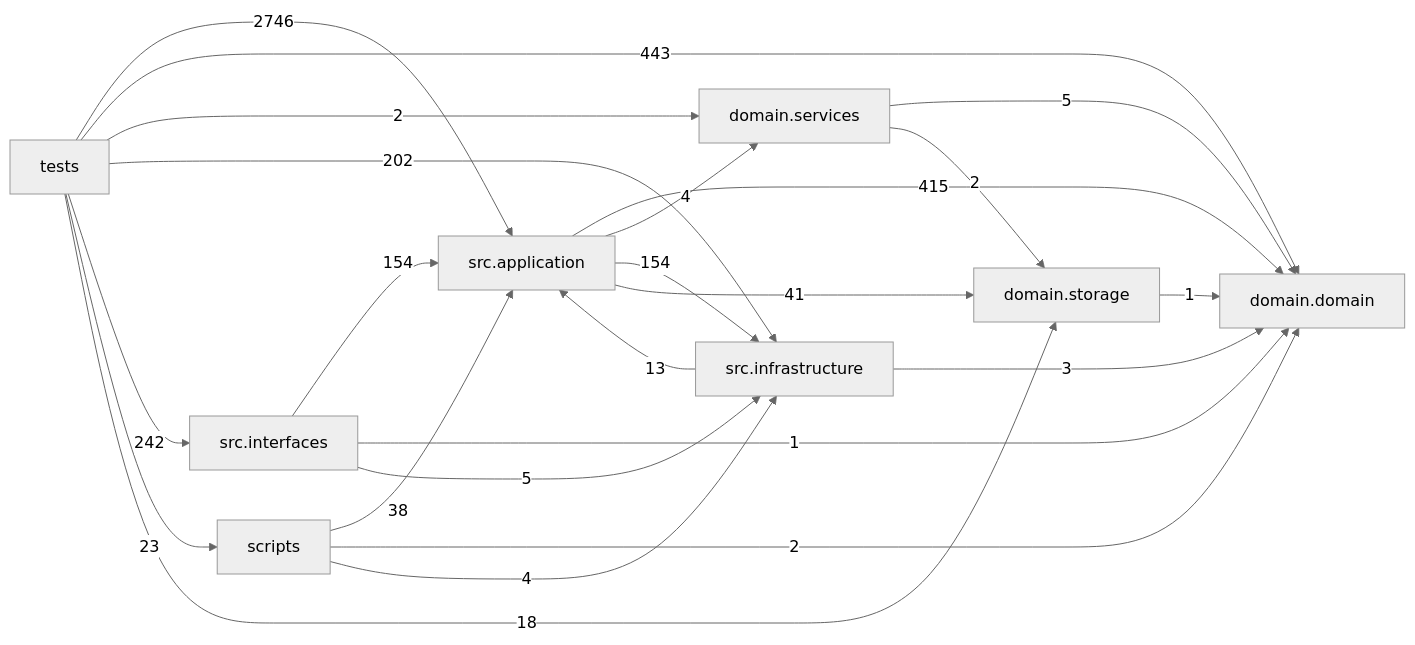
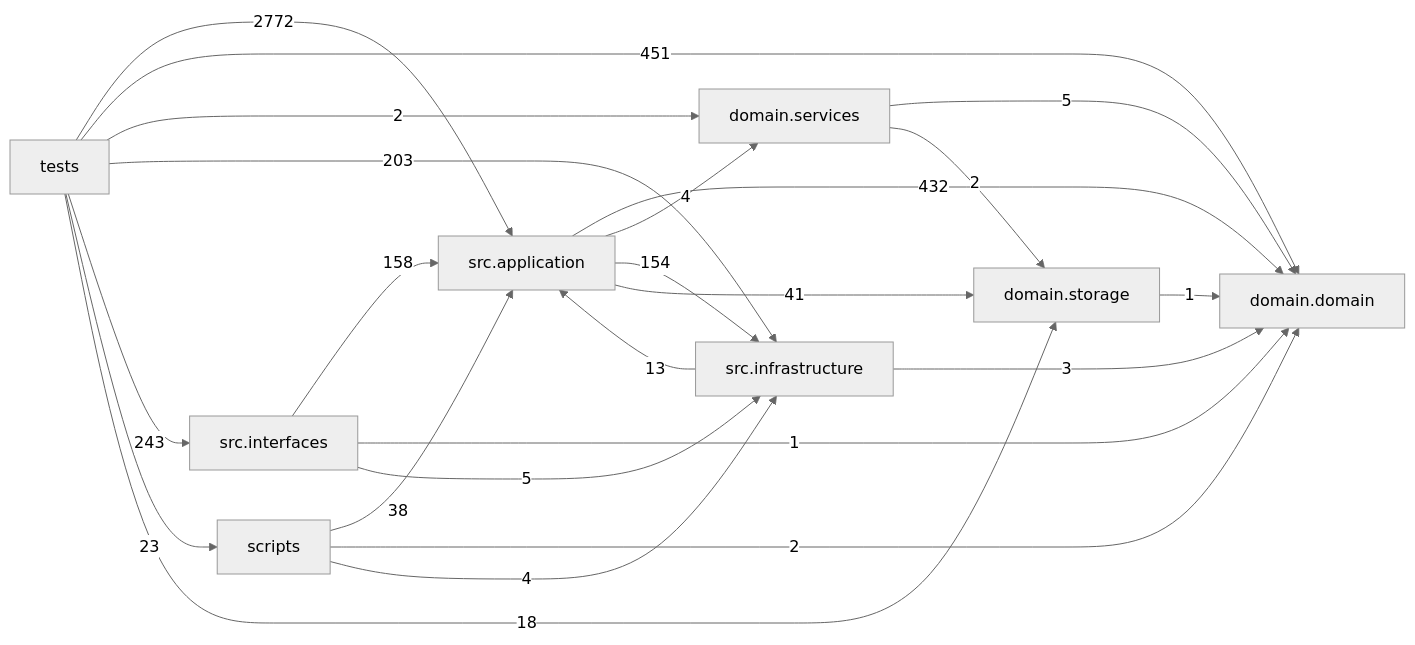
One commit to liuxie066/options-monitor changed the diagram in docs/DEPENDENCY_GRAPH.md. Above: the diagram before and after it, drawn with Mermaid (neutral theme). The commit also changed other lines of this file and 42 other files, not shown here.

````diff
--- a/docs/DEPENDENCY_GRAPH.md
+++ b/docs/DEPENDENCY_GRAPH.md
@@ -24,33 +24,33 @@
 ```mermaid
 flowchart LR
   tests["tests"]
   scripts["scripts"]
   interfaces["src.interfaces"]
   application["src.application"]
   infrastructure["src.infrastructure"]
   domain_services["domain.services"]
   domain["domain.domain"]
   storage["domain.storage"]
-  application -->|415| domain
+  application -->|432| domain
   application -->|4| domain_services
   application -->|154| infrastructure
   application -->|41| storage
   domain_services -->|5| domain
   domain_services -->|2| storage
   infrastructure -->|13| application
   infrastructure -->|3| domain
-  interfaces -->|154| application
+  interfaces -->|158| application
   interfaces -->|1| domain
   interfaces -->|5| infrastructure
   scripts -->|38| application
   scripts -->|2| domain
   scripts -->|4| infrastructure
   storage -->|1| domain
-  tests -->|2746| application
-  tests -->|443| domain
+  tests -->|2772| application
+  tests -->|451| domain
   tests -->|2| domain_services
-  tests -->|202| infrastructure
-  tests -->|242| interfaces
+  tests -->|203| infrastructure
+  tests -->|243| interfaces
   tests -->|23| scripts
   tests -->|18| storage
 ```
````
